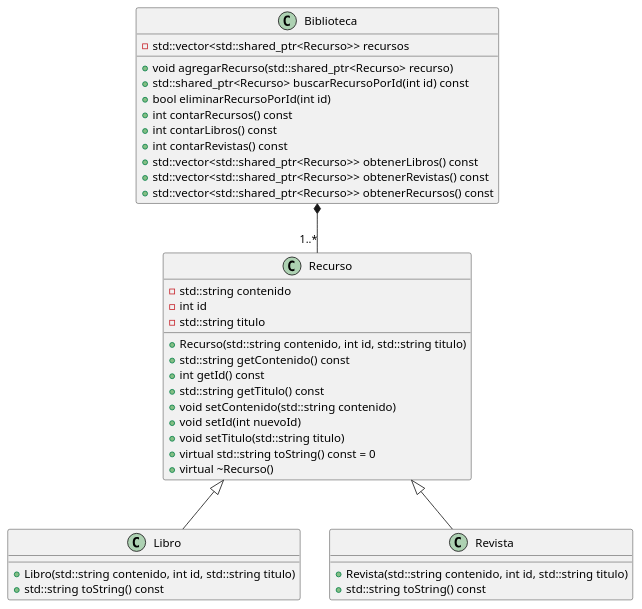
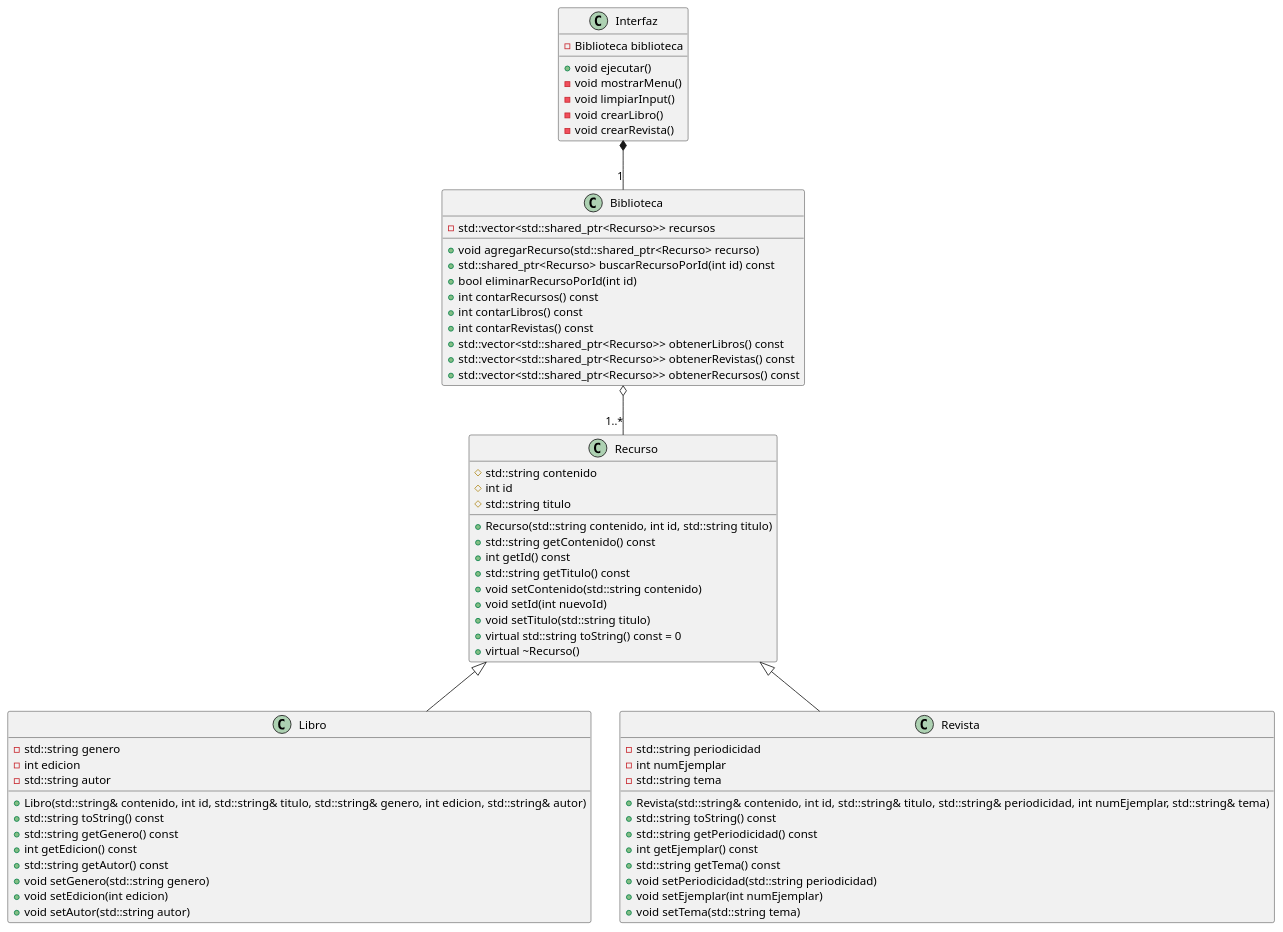
One commit to IsabellaJimenez21/Avance changed the diagram in solucion.puml. Above: the diagram before and after it, drawn with PlantUML. The commit also changed 7 other files, not shown here.

Commit message:
Menu creado para la interfaz de biblioteca y actualizado el diagrama de clases

```diff
--- a/solucion.puml
+++ b/solucion.puml
@@ -1,47 +1,78 @@
 @startuml class-diagram
 
 class Biblioteca {
     - std::vector<std::shared_ptr<Recurso>> recursos
 
     + void agregarRecurso(std::shared_ptr<Recurso> recurso)
     + std::shared_ptr<Recurso> buscarRecursoPorId(int id) const
     + bool eliminarRecursoPorId(int id)
     + int contarRecursos() const
     + int contarLibros() const
     + int contarRevistas() const
     + std::vector<std::shared_ptr<Recurso>> obtenerLibros() const
     + std::vector<std::shared_ptr<Recurso>> obtenerRevistas() const
     + std::vector<std::shared_ptr<Recurso>> obtenerRecursos() const
 }
 
 class Recurso {
-    - std::string contenido
-    - int id
-    - std::string titulo
+    # std::string contenido
+    # int id
+    # std::string titulo
 
     + Recurso(std::string contenido, int id, std::string titulo)
     + std::string getContenido() const
     + int getId() const
     + std::string getTitulo() const
     + void setContenido(std::string contenido)
     + void setId(int nuevoId)
     + void setTitulo(std::string titulo)
     + virtual std::string toString() const = 0
     + virtual ~Recurso()
 }
 
 class Libro {
-    + Libro(std::string contenido, int id, std::string titulo)
+    - std::string genero
+    - int edicion
+    - std::string autor
+    
+    + Libro(std::string& contenido, int id, std::string& titulo, std::string& genero, int edicion, std::string& autor)
     + std::string toString() const
+    + std::string getGenero() const
+    + int getEdicion() const
+    + std::string getAutor() const 
+    + void setGenero(std::string genero)
+    + void setEdicion(int edicion)
+    + void setAutor(std::string autor)
 }
 
 class Revista {
-    + Revista(std::string contenido, int id, std::string titulo)
+    - std::string periodicidad
+    - int numEjemplar
+    - std::string tema
+
+    + Revista(std::string& contenido, int id, std::string& titulo, std::string& periodicidad, int numEjemplar, std::string& tema)
     + std::string toString() const
+    + std::string getPeriodicidad() const 
+    + int getEjemplar() const 
+    + std::string getTema() const 
+    + void setPeriodicidad(std::string periodicidad)
+    + void setEjemplar(int numEjemplar)
+    + void setTema(std::string tema)
+}
+
+class Interfaz {
+    - Biblioteca biblioteca
+
+    + void ejecutar()
+    - void mostrarMenu()
+    - void limpiarInput()
+    - void crearLibro()
+    - void crearRevista()
 }
 
 Recurso <|-- Libro
 Recurso <|-- Revista
-Biblioteca *-- "1..*" Recurso
+Biblioteca o-- "1..*" Recurso
+Interfaz *-- "1" Biblioteca
 
 @enduml
```
